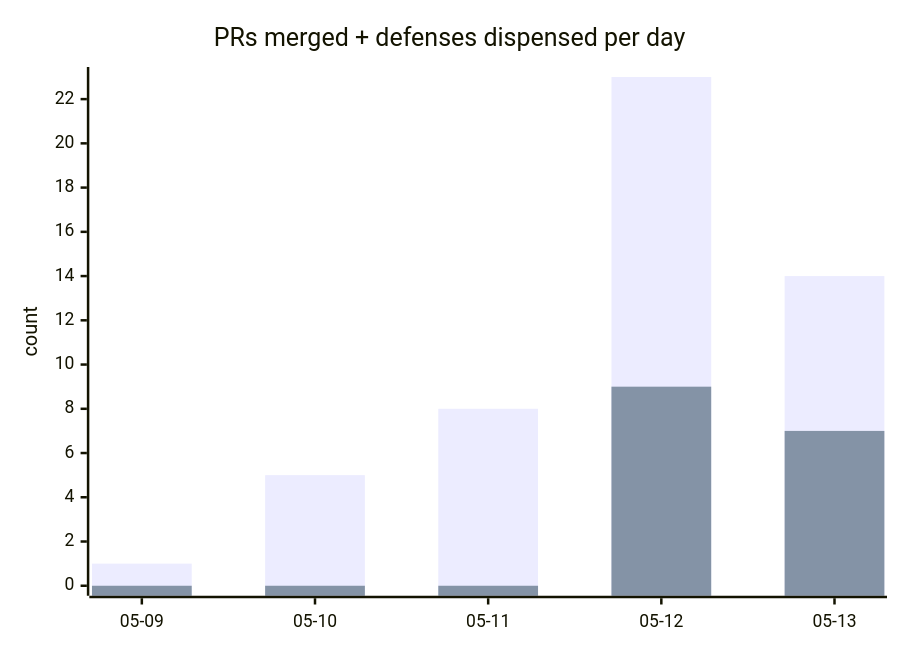
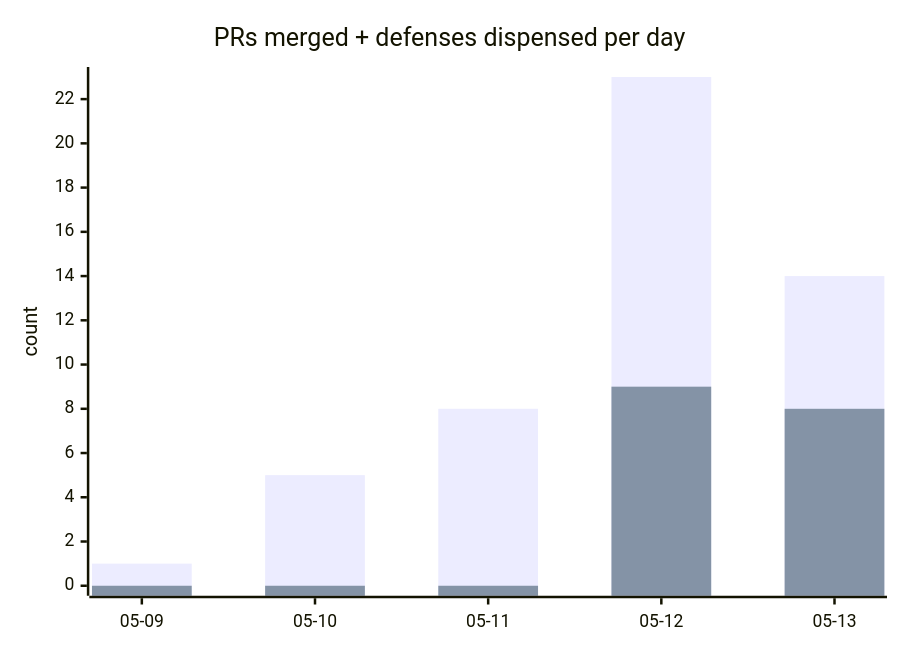
One commit to kimjune01/kimjune01 changed the second of 3 diagrams in README.md. Above: the diagram before and after it, drawn with Mermaid. The commit also changed other lines of this file, not shown here.

````diff
--- a/README.md
+++ b/README.md
@@ -17,8 +17,8 @@
 ```mermaid
 xychart-beta
     title "PRs merged + defenses dispensed per day"
     x-axis ["05-09", "05-10", "05-11", "05-12", "05-13"]
     y-axis "count"
     bar [1, 5, 8, 23, 14]
-    bar [0, 0, 0, 9, 7]
+    bar [0, 0, 0, 9, 8]
 ```
````
